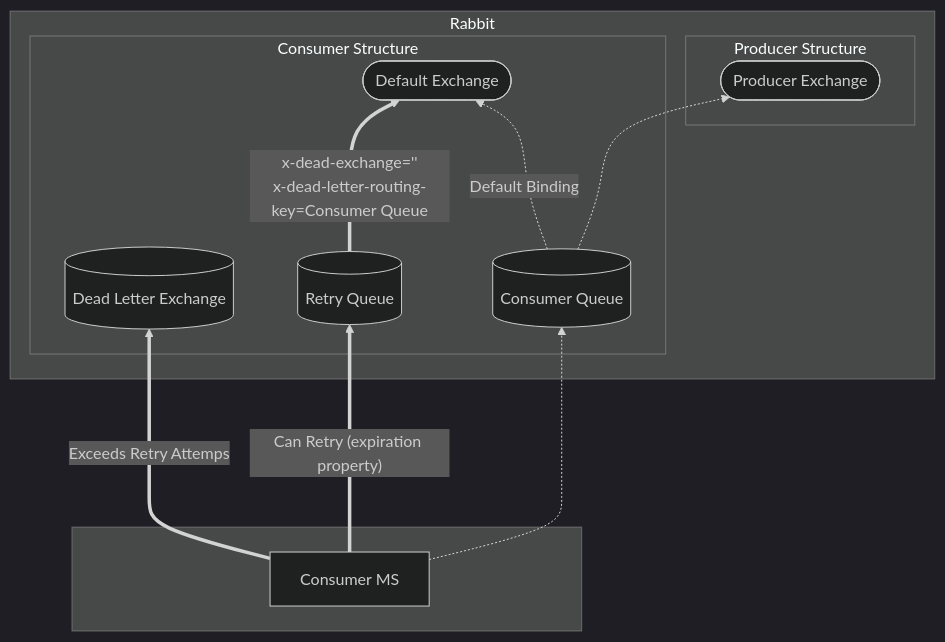
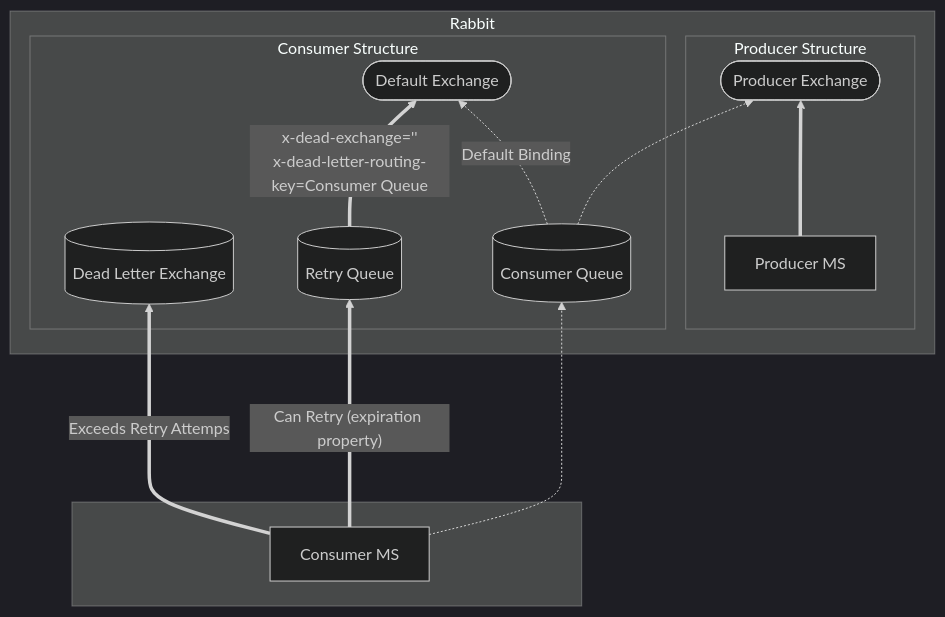
The diagram in README.md (fabio-siqueira/rabbit-delayed-retry), drawn with Mermaid (dark theme) before and after one commit.

````diff
--- a/README.md
+++ b/README.md
@@ -3,19 +3,20 @@
 ```mermaid
 graph BT
     subgraph Rabbit;
         subgraph Producer Structure; 
             A([Producer Exchange]);
+            ms1[Producer MS] ==> A;
         end
         subgraph ide1 [Consumer Structure];
             F[(Dead Letter Exchange)];
             C[(Retry Queue)] == "x-dead-exchange=''\nx-dead-letter-routing-key=Consumer Queue" ==> D([Default Exchange]);
             E[(Consumer Queue)] -.Default Binding.-> D;
             E -.-> A;    
         end
     end;
     subgraph  
             ms[Consumer MS] -..-> E;  
             ms == "Can Retry (expiration property)" ==> C;
             ms == Exceeds Retry Attemps==> F;
     end;
 ```
````
